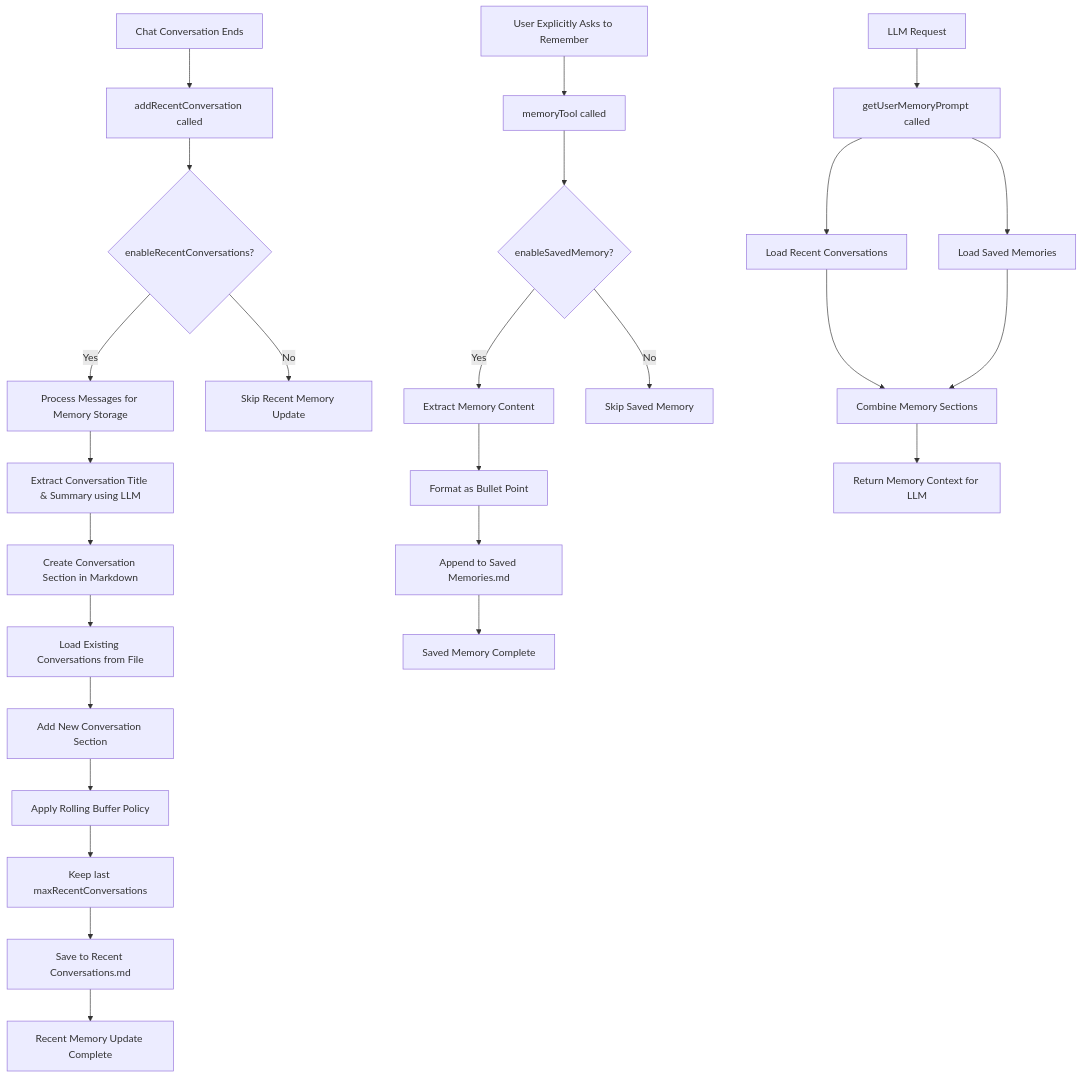
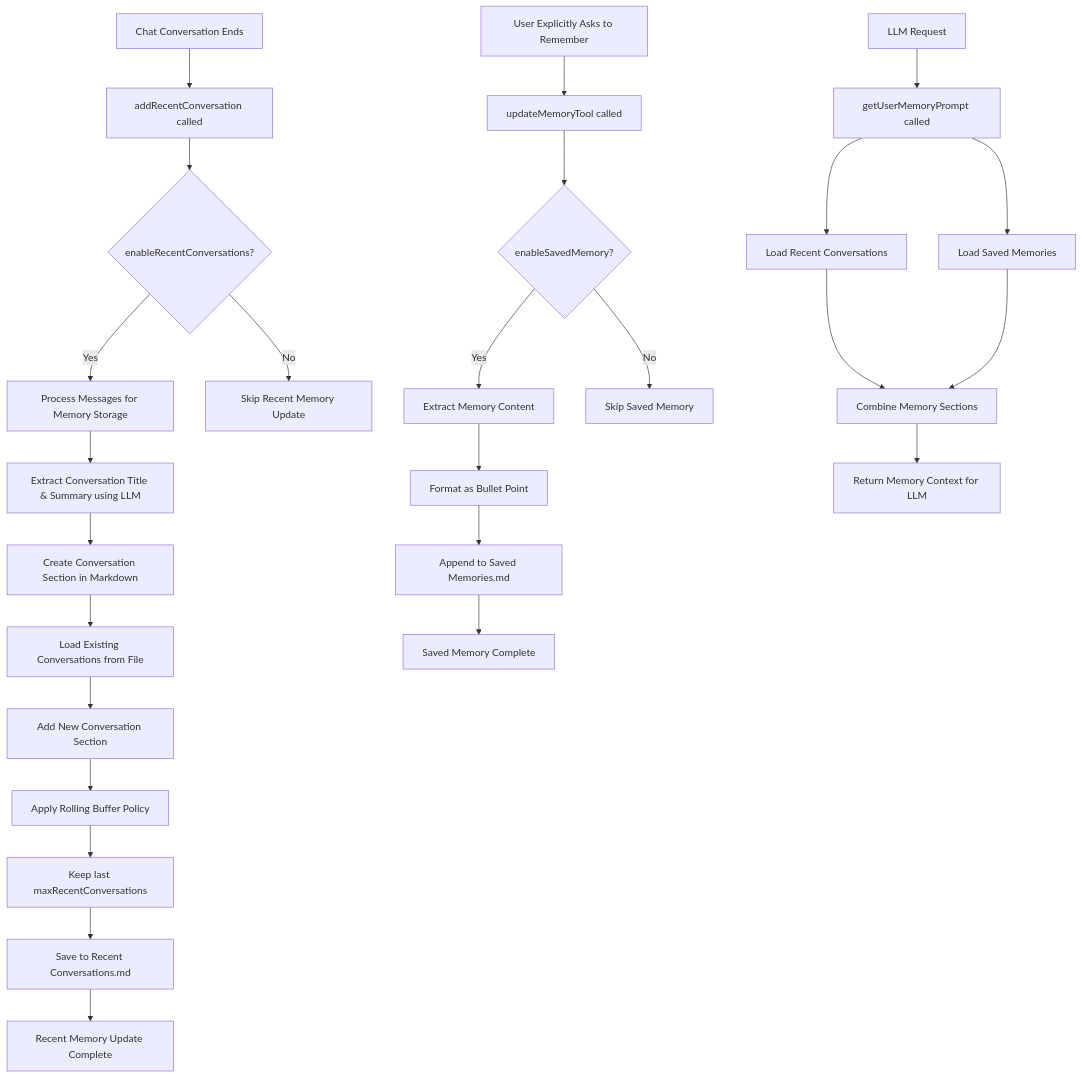
The diagram in src/memory/memory-design.md (logancyang/obsidian-copilot), drawn with Mermaid before and after one commit. The commit also changed other lines of this file and 4 other files, not shown here.

````diff
--- a/src/memory/memory-design.md
+++ b/src/memory/memory-design.md
@@ -12,34 +12,34 @@
 ```mermaid
 graph TD
     %% Recent Conversations Flow
     A[Chat Conversation Ends] --> B[addRecentConversation called]
     B --> C{enableRecentConversations?}
     C -->|Yes| D[Process Messages for Memory Storage]
     C -->|No| Z1[Skip Recent Memory Update]
 
     D --> E[Extract Conversation Title & Summary using LLM]
     E --> F[Create Conversation Section in Markdown]
     F --> G[Load Existing Conversations from File]
     G --> H[Add New Conversation Section]
     H --> I[Apply Rolling Buffer Policy]
     I --> J[Keep last maxRecentConversations]
     J --> K[Save to Recent Conversations.md]
     K --> L[Recent Memory Update Complete]
 
     %% Saved Memory Flow
-    M[User Explicitly Asks to Remember] --> N[memoryTool called]
+    M[User Explicitly Asks to Remember] --> N[updateMemoryTool called]
     N --> O{enableSavedMemory?}
     O -->|Yes| P[Extract Memory Content]
     O -->|No| Z2[Skip Saved Memory]
     P --> Q[Format as Bullet Point]
     Q --> R[Append to Saved Memories.md]
     R --> S[Saved Memory Complete]
 
     %% Memory Retrieval
     T[LLM Request] --> U[getUserMemoryPrompt called]
     U --> V[Load Recent Conversations]
     U --> W[Load Saved Memories]
     V --> X[Combine Memory Sections]
     W --> X
     X --> Y[Return Memory Context for LLM]
 ```
````
